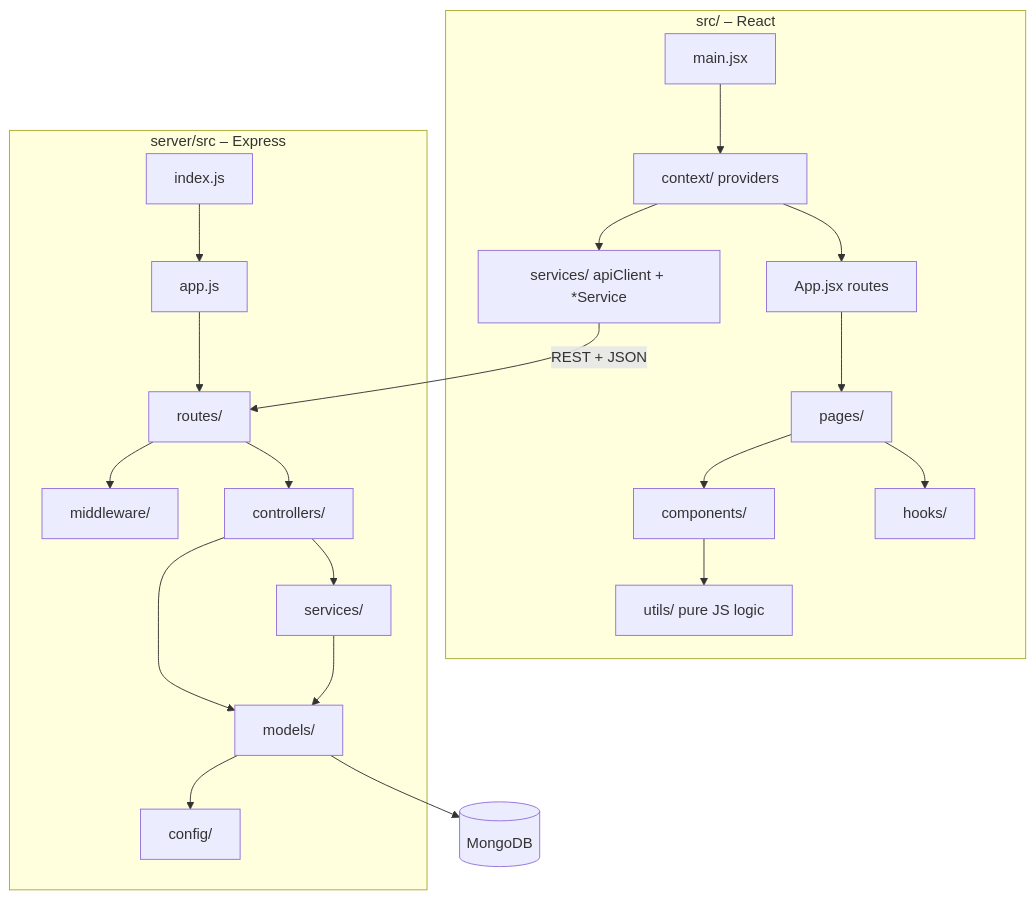
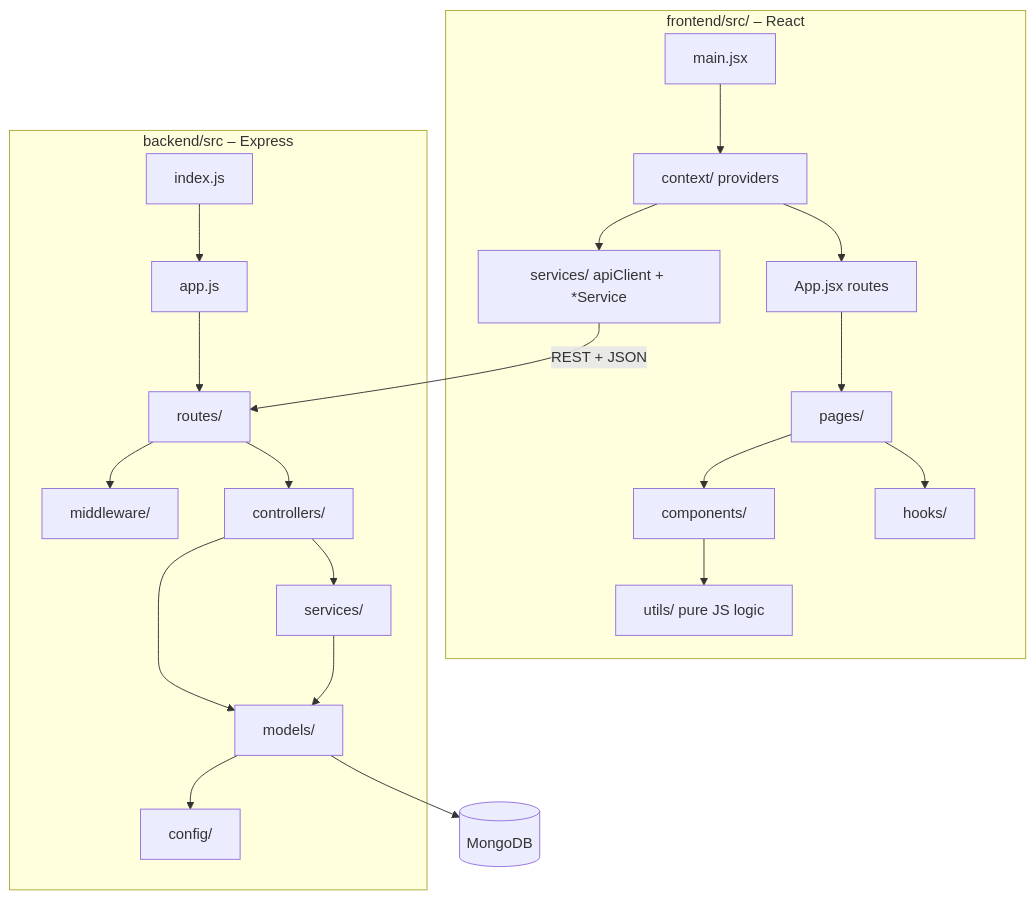
Before and after one commit to madhusudhan1260/smart-lost-and-found: the second of 7 diagrams in docs/PROJECT_PROMPT.md, drawn with Mermaid. The commit also changed other lines of this file and 7 other files, not shown here.

````diff
--- a/docs/PROJECT_PROMPT.md
+++ b/docs/PROJECT_PROMPT.md
@@ -119,24 +119,24 @@
 ```mermaid
 flowchart TB
-  subgraph Frontend [src/ – React]
+  subgraph Frontend [frontend/src/ – React]
     main[main.jsx] --> providers[context/ providers]
     providers --> app[App.jsx routes]
     app --> pages[pages/]
     pages --> components[components/]
     pages --> hooks[hooks/]
     components --> utils[utils/ pure JS logic]
     providers --> services[services/ apiClient + *Service]
   end
-  subgraph Backend [server/src – Express]
+  subgraph Backend [backend/src – Express]
     index[index.js] --> appjs[app.js]
     appjs --> routes[routes/]
     routes --> middleware[middleware/]
     routes --> controllers[controllers/]
     controllers --> svc[services/]
     controllers --> models[models/]
     svc --> models
     models --> config[config/]
   end
   services -->|REST + JSON| routes
   models --> DB[(MongoDB)]
 ```
````
